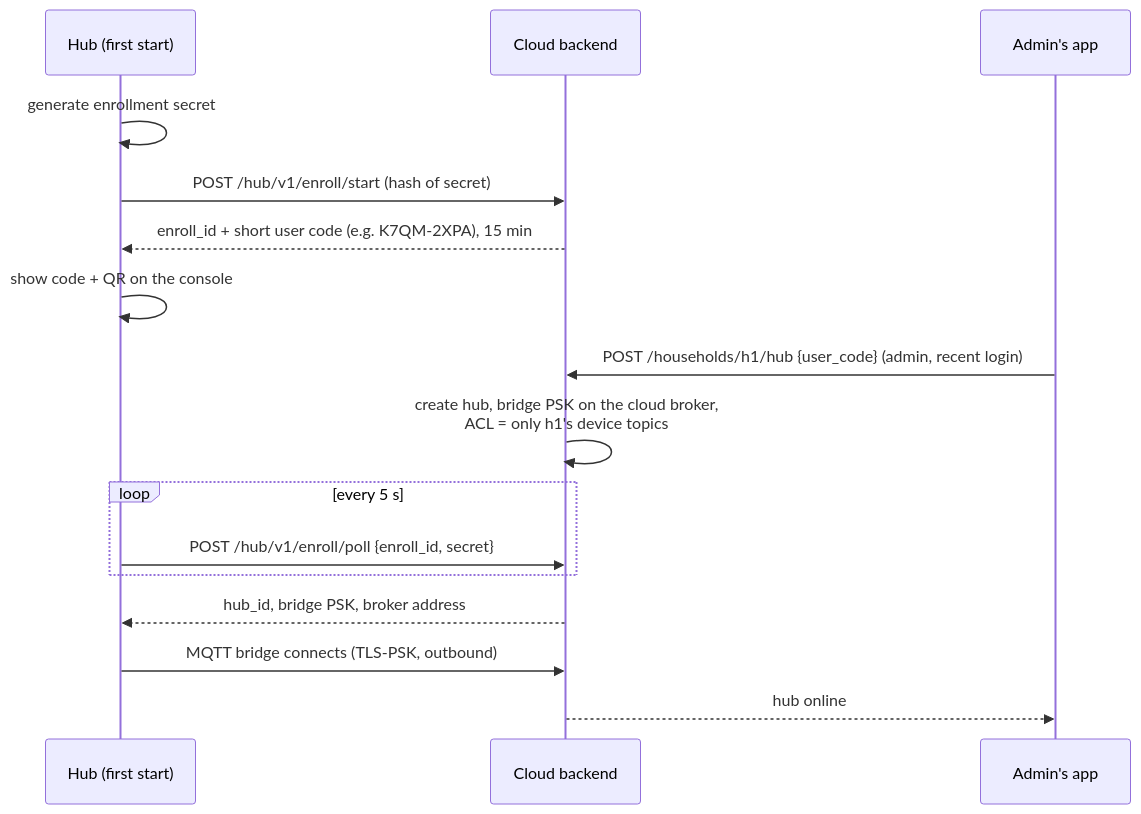
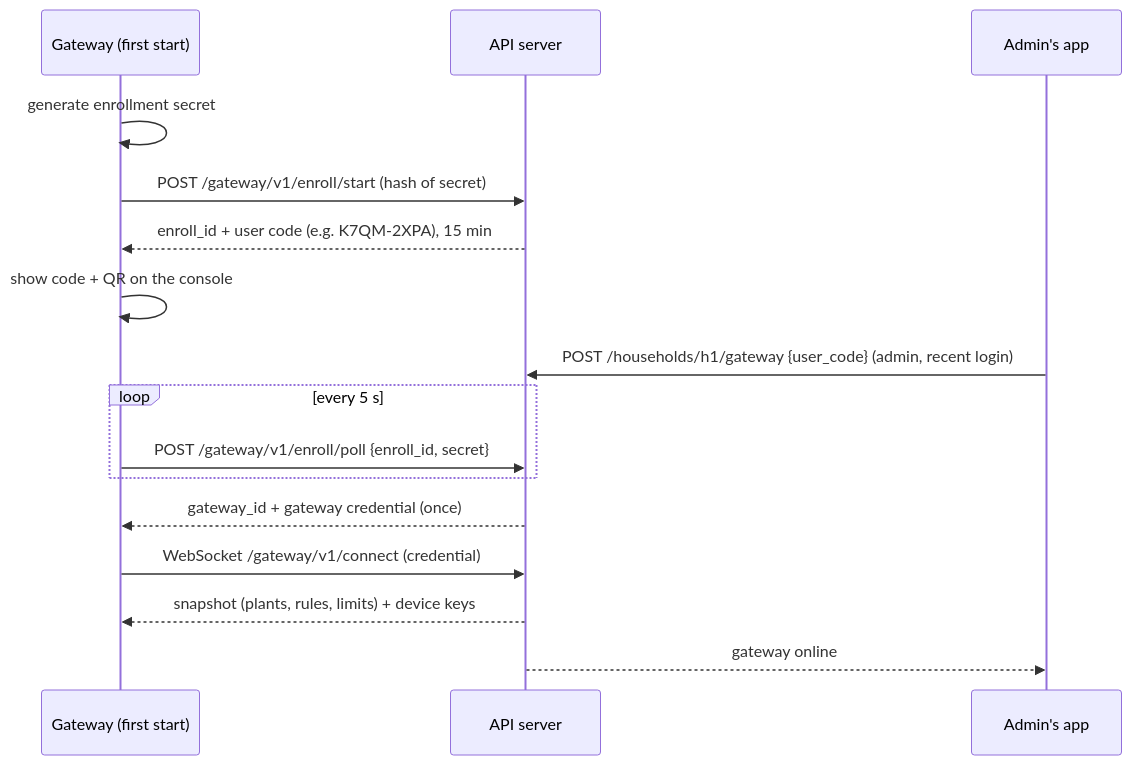
The fifth of 13 diagrams in PROJECT.md (Hansom17/MoistureController), drawn with Mermaid before and after one commit. The commit also changed other lines of this file and 86 other files, not shown here.

First line of the commit message:
Switch plans to gateway + central API (v2) and remove obsolete v1 code

````diff
--- a/PROJECT.md
+++ b/PROJECT.md
@@ -214,19 +190,19 @@
 ```mermaid
 sequenceDiagram
-    participant Hub as Hub (first start)
-    participant API as Cloud backend
+    participant GW as Gateway (first start)
+    participant API as API server
     participant App as Admin's app
 
-    Hub->>Hub: generate enrollment secret
-    Hub->>API: POST /hub/v1/enroll/start (hash of secret)
-    API-->>Hub: enroll_id + short user code (e.g. K7QM-2XPA), 15 min
-    Hub->>Hub: show code + QR on the console
-    App->>API: POST /households/h1/hub {user_code} (admin, recent login)
-    API->>API: create hub, bridge PSK on the cloud broker,<br/>ACL = only h1's device topics
+    GW->>GW: generate enrollment secret
+    GW->>API: POST /gateway/v1/enroll/start (hash of secret)
+    API-->>GW: enroll_id + user code (e.g. K7QM-2XPA), 15 min
+    GW->>GW: show code + QR on the console
+    App->>API: POST /households/h1/gateway {user_code} (admin, recent login)
     loop every 5 s
-        Hub->>API: POST /hub/v1/enroll/poll {enroll_id, secret}
+        GW->>API: POST /gateway/v1/enroll/poll {enroll_id, secret}
     end
-    API-->>Hub: hub_id, bridge PSK, broker address
-    Hub->>API: MQTT bridge connects (TLS-PSK, outbound)
-    API-->>App: hub online
+    API-->>GW: gateway_id + gateway credential (once)
+    GW->>API: WebSocket /gateway/v1/connect (credential)
+    API-->>GW: snapshot (plants, rules, limits) + device keys
+    API-->>App: gateway online
 ```
````
